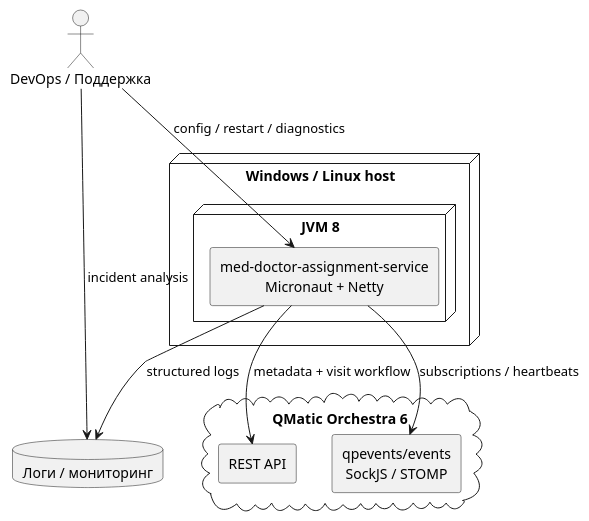
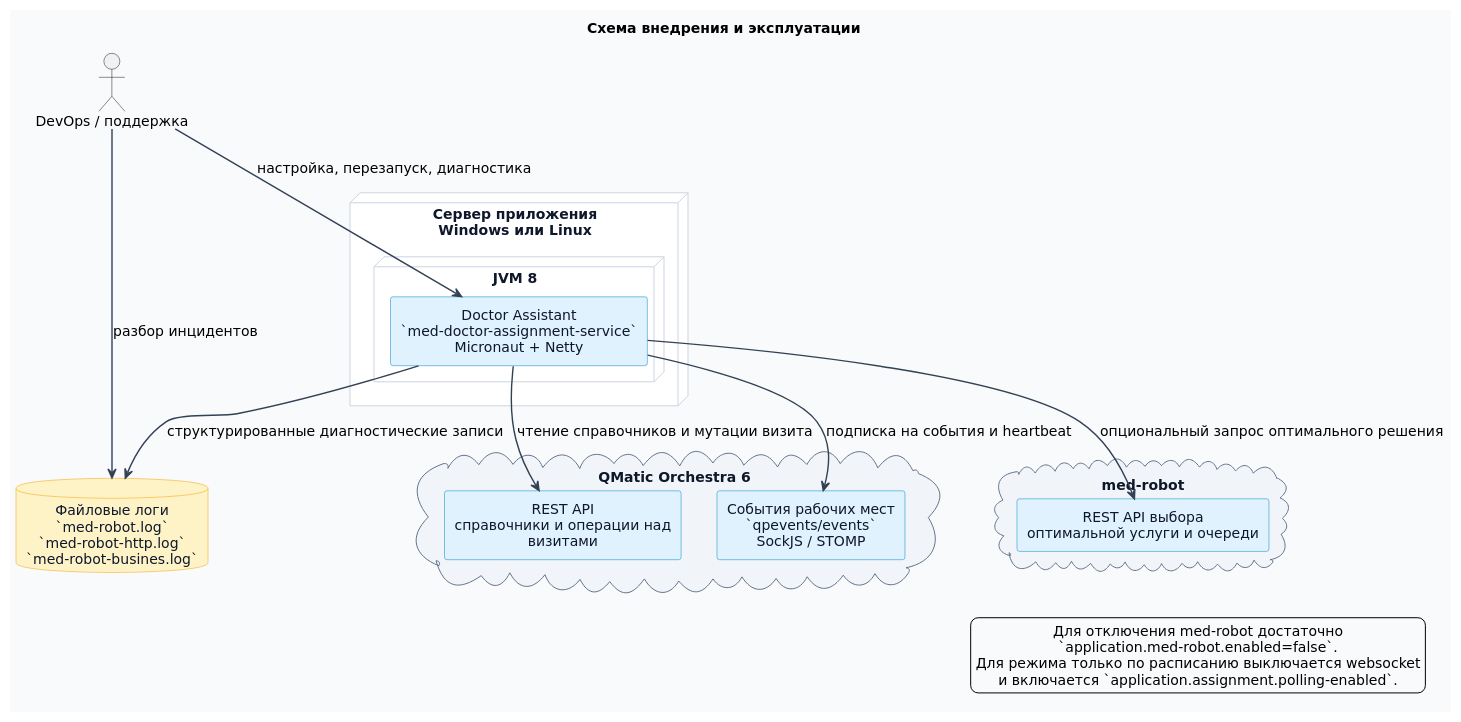
Before and after one commit to psokolov25/DoctorAssignment: the diagram in docs/plantuml/deployment-view.puml, drawn with PlantUML. The commit also changed 15 other files, not shown here.

```diff
--- a/docs/plantuml/deployment-view.puml
+++ b/docs/plantuml/deployment-view.puml
@@ -1,25 +1,65 @@
 @startuml
+title Схема внедрения и эксплуатации
+
+skinparam backgroundColor #F8FAFC
+skinparam shadowing false
 skinparam componentStyle rectangle
-skinparam shadowing false
+skinparam defaultFontName "DejaVu Sans"
+skinparam defaultFontSize 14
 skinparam defaultTextAlignment center
+skinparam wrapWidth 240
+skinparam ArrowColor #334155
+skinparam ArrowThickness 1.4
+skinparam node {
+  BackgroundColor #FFFFFF
+  BorderColor #CBD5E1
+  FontColor #0F172A
+}
+skinparam component {
+  BackgroundColor #E0F2FE
+  BorderColor #0284C7
+  FontColor #0F172A
+}
+skinparam cloud {
+  BackgroundColor #F1F5F9
+  BorderColor #64748B
+  FontColor #0F172A
+}
+skinparam database {
+  BackgroundColor #FEF3C7
+  BorderColor #F59E0B
+  FontColor #0F172A
+}
 
-node "Windows / Linux host" {
-  node "JVM 8" {
-    component "med-doctor-assignment-service\nMicronaut + Netty" as App
+node "Сервер приложения\nWindows или Linux" as Host {
+  node "JVM 8" as Jvm {
+    component "Doctor Assistant\n`med-doctor-assignment-service`\nMicronaut + Netty" as App
   }
 }
 
-cloud "QMatic Orchestra 6" {
-  component "REST API" as Rest
-  component "qpevents/events\nSockJS / STOMP" as Events
+cloud "QMatic Orchestra 6" as Orchestra {
+  component "REST API\nсправочники и операции над визитами" as Rest
+  component "События рабочих мест\n`qpevents/events`\nSockJS / STOMP" as Events
 }
 
-database "Логи / мониторинг" as Logs
-actor "DevOps / Поддержка" as Ops
+cloud "med-robot" as Robot {
+  component "REST API выбора\nоптимальной услуги и очереди" as RobotApi
+}
 
-App --> Rest : metadata + visit workflow
-App --> Events : subscriptions / heartbeats
-App --> Logs : structured logs
-Ops --> App : config / restart / diagnostics
-Ops --> Logs : incident analysis
+database "Файловые логи\n`med-robot.log`\n`med-robot-http.log`\n`med-robot-busines.log`" as Logs
+actor "DevOps / поддержка" as Ops
+
+App --> Rest : чтение справочников и мутации визита
+App --> Events : подписка на события и heartbeat
+App --> RobotApi : опциональный запрос оптимального решения
+App --> Logs : структурированные диагностические записи
+Ops --> App : настройка, перезапуск, диагностика
+Ops --> Logs : разбор инцидентов
+
+legend right
+  Для отключения med-robot достаточно
+  `application.med-robot.enabled=false`.
+  Для режима только по расписанию выключается websocket
+  и включается `application.assignment.polling-enabled`.
+endlegend
 @enduml
```
